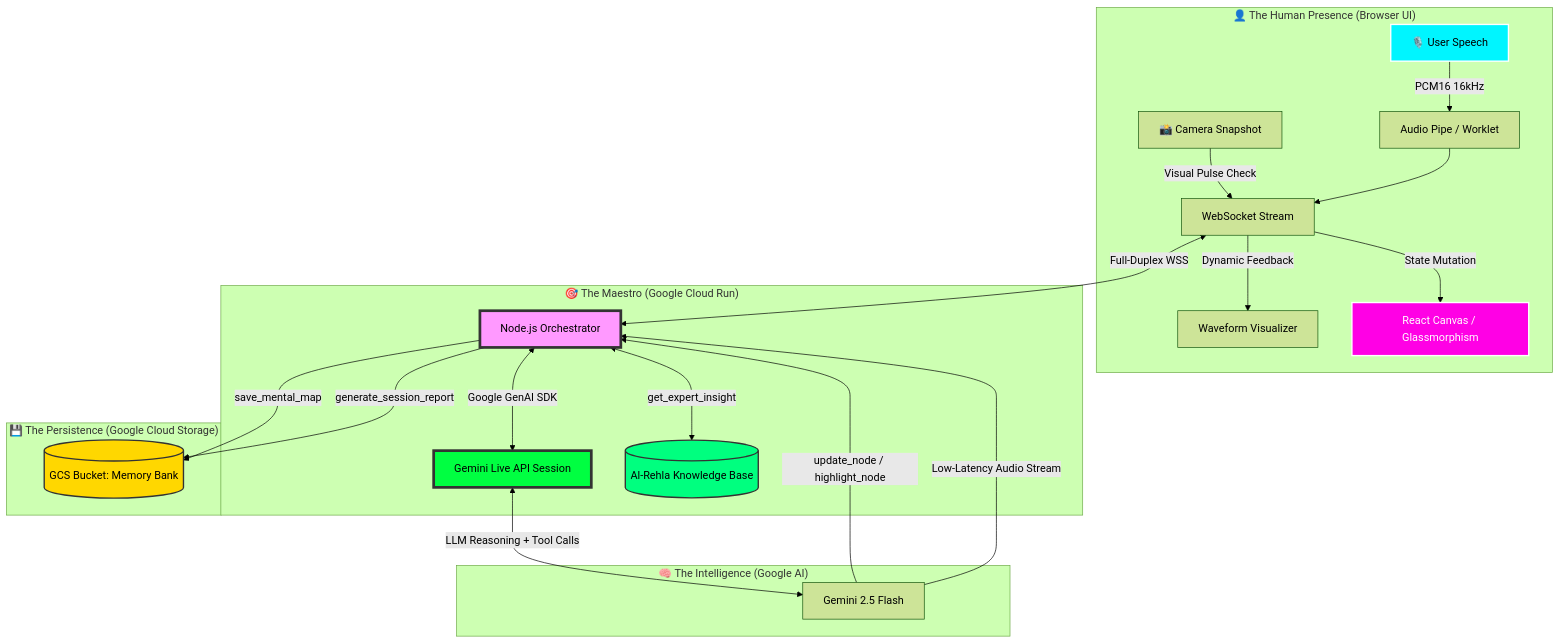
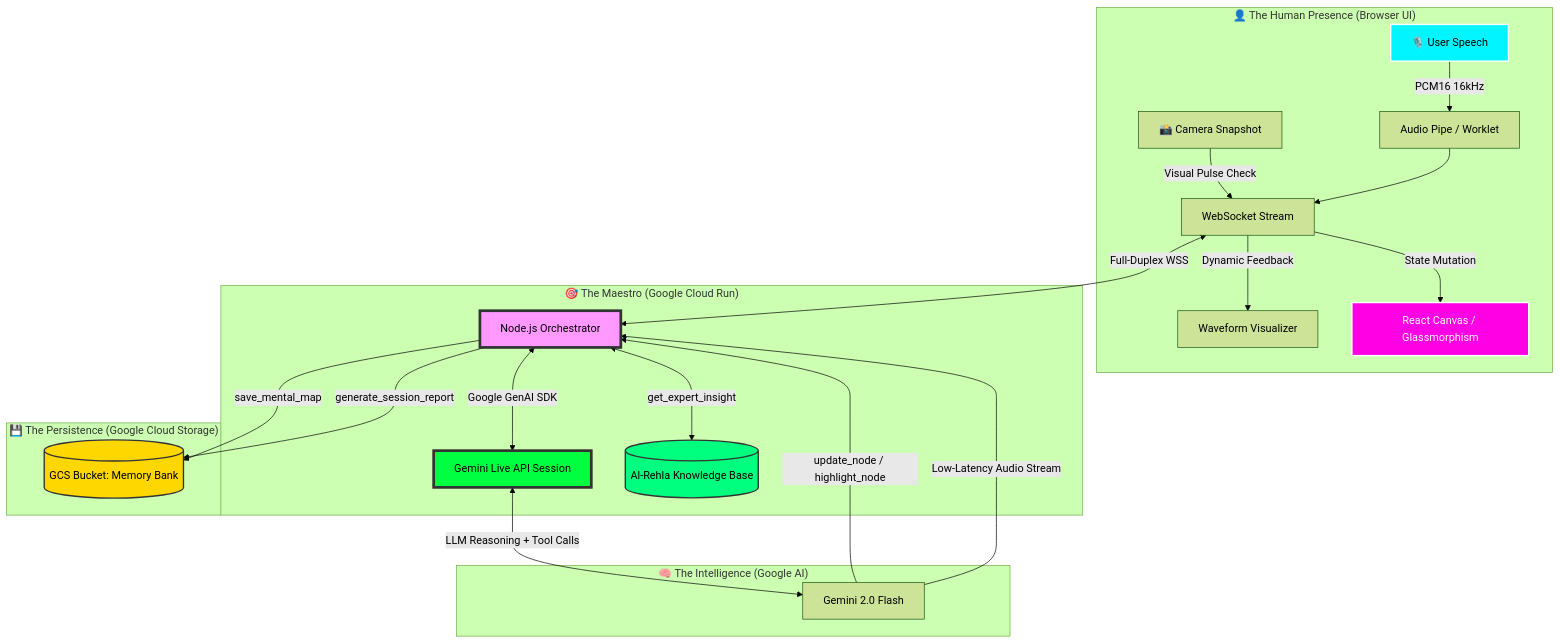
One commit to M7mdRef3t/dawayir-live-agent changed the diagram in README.md. Above: the diagram before and after it, drawn with Mermaid (forest theme). The commit also changed other lines of this file and 4 other files, not shown here.

Commit message:
feat: unified model to gemini-2.0-flash-exp, implemented DEMO_MODE, and refined pre-cue visual feedback

````diff
--- a/README.md
+++ b/README.md
@@ -19,34 +19,34 @@
 ```mermaid
 graph TD
     subgraph "👤 The Human Presence (Browser UI)"
         U[🎙️ User Speech] -->|PCM16 16kHz| AP[Audio Pipe / Worklet]
         CAM[📸 Camera Snapshot] -->|Visual Pulse Check| WS
         AP --> WS[WebSocket Stream]
         WS -->|Dynamic Feedback| V[Waveform Visualizer]
         WS -->|State Mutation| RC[React Canvas / Glassmorphism]
     end
 
     subgraph "🎯 The Maestro (Google Cloud Run)"
         WS <-->|Full-Duplex WSS| NB[Node.js Orchestrator]
         NB <-->|Google GenAI SDK| GL[Gemini Live API Session]
         NB <-->|get_expert_insight| KB[(Al-Rehla Knowledge Base)]
     end
 
     subgraph "💾 The Persistence (Google Cloud Storage)"
         NB -->|save_mental_map| GCS[(GCS Bucket: Memory Bank)]
         NB -->|generate_session_report| GCS
     end
 
     subgraph "🧠 The Intelligence (Google AI)"
-        GL <-->|LLM Reasoning + Tool Calls| GEM[Gemini 2.5 Flash]
+        GL <-->|LLM Reasoning + Tool Calls| GEM[Gemini 2.0 Flash]
         GEM -->|update_node / highlight_node| NB
         GEM -->|Low-Latency Audio Stream| NB
     end
 
     style U fill:#00F5FF,stroke:#fff,stroke-width:2px,color:#000
     style NB fill:#f9f,stroke:#333,stroke-width:4px
     style GL fill:#00FF41,stroke:#333,stroke-width:4px,color:#000
     style RC fill:#FF00E5,stroke:#fff,stroke-width:2px,color:#fff
     style GCS fill:#FFD700,stroke:#333,stroke-width:2px,color:#000
     style KB fill:#00FF7F,stroke:#333,stroke-width:2px,color:#000
 ```
````
